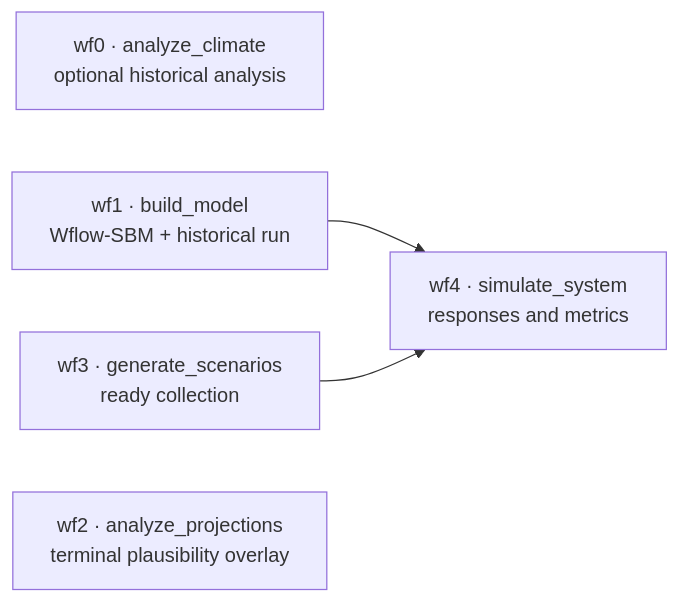
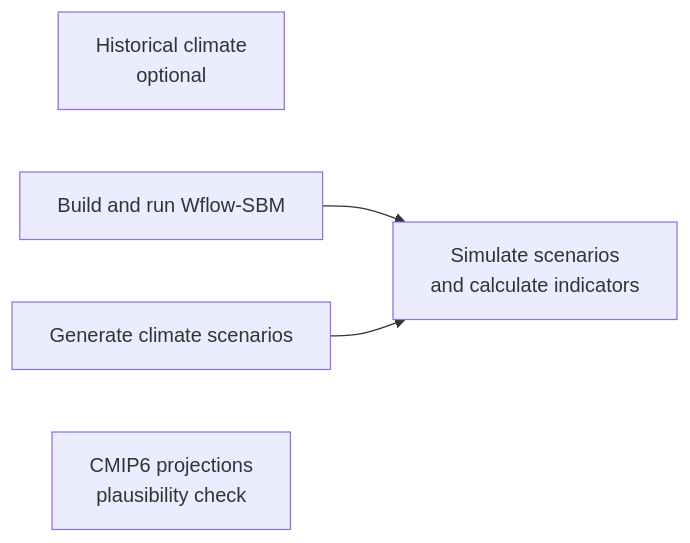
One commit to tanerumit/blueearth_cst changed the diagram in docs/guide/quick-start.qmd. Above: the diagram before and after it, drawn with Mermaid. The commit also changed other lines of this file and 3 other files, not shown here.

````diff
--- a/docs/guide/quick-start.qmd
+++ b/docs/guide/quick-start.qmd
@@ -31,8 +32,7 @@
 ```{mermaid}
 flowchart LR
-    wf0["wf0 · analyze_climate<br/>optional historical analysis"]
-    wf1["wf1 · build_model<br/>Wflow-SBM + historical run"] --> wf4
-    wf3["wf3 · generate_scenarios<br/>ready collection"] --> wf4
-    wf4["wf4 · simulate_system<br/>responses and metrics"]
-    wf2["wf2 · analyze_projections<br/>terminal plausibility overlay"]
+    wf0["Historical climate<br/>optional"]
+    wf1["Build and run Wflow-SBM"] --> wf4["Simulate scenarios<br/>and calculate indicators"]
+    wf3["Generate climate scenarios"] --> wf4
+    wf2["CMIP6 projections<br/>plausibility check"]
 ```
````
